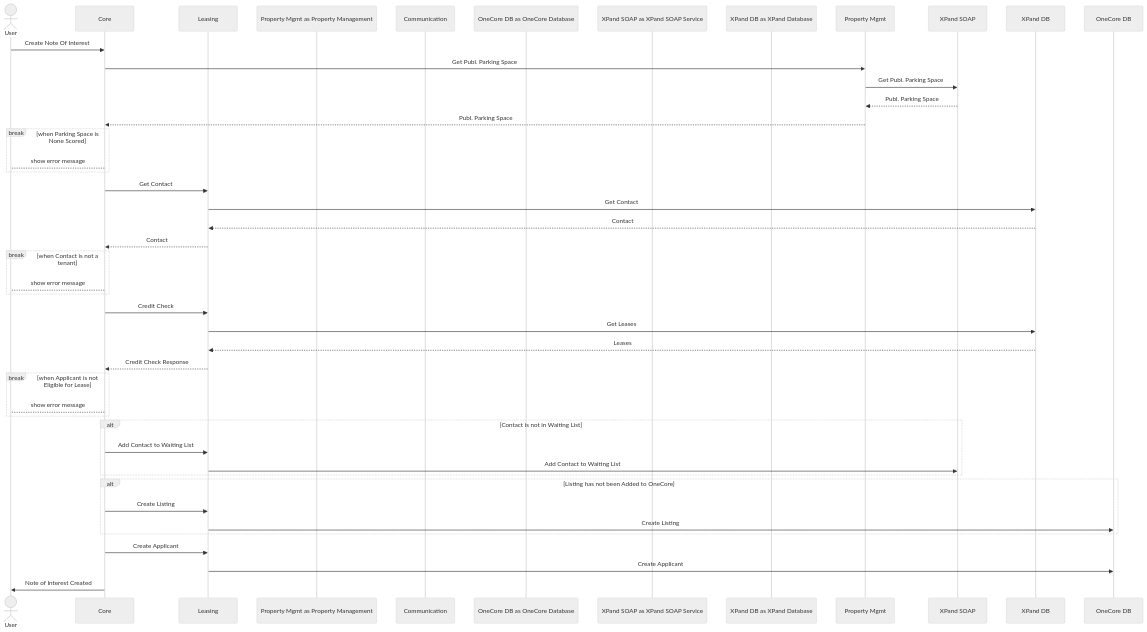
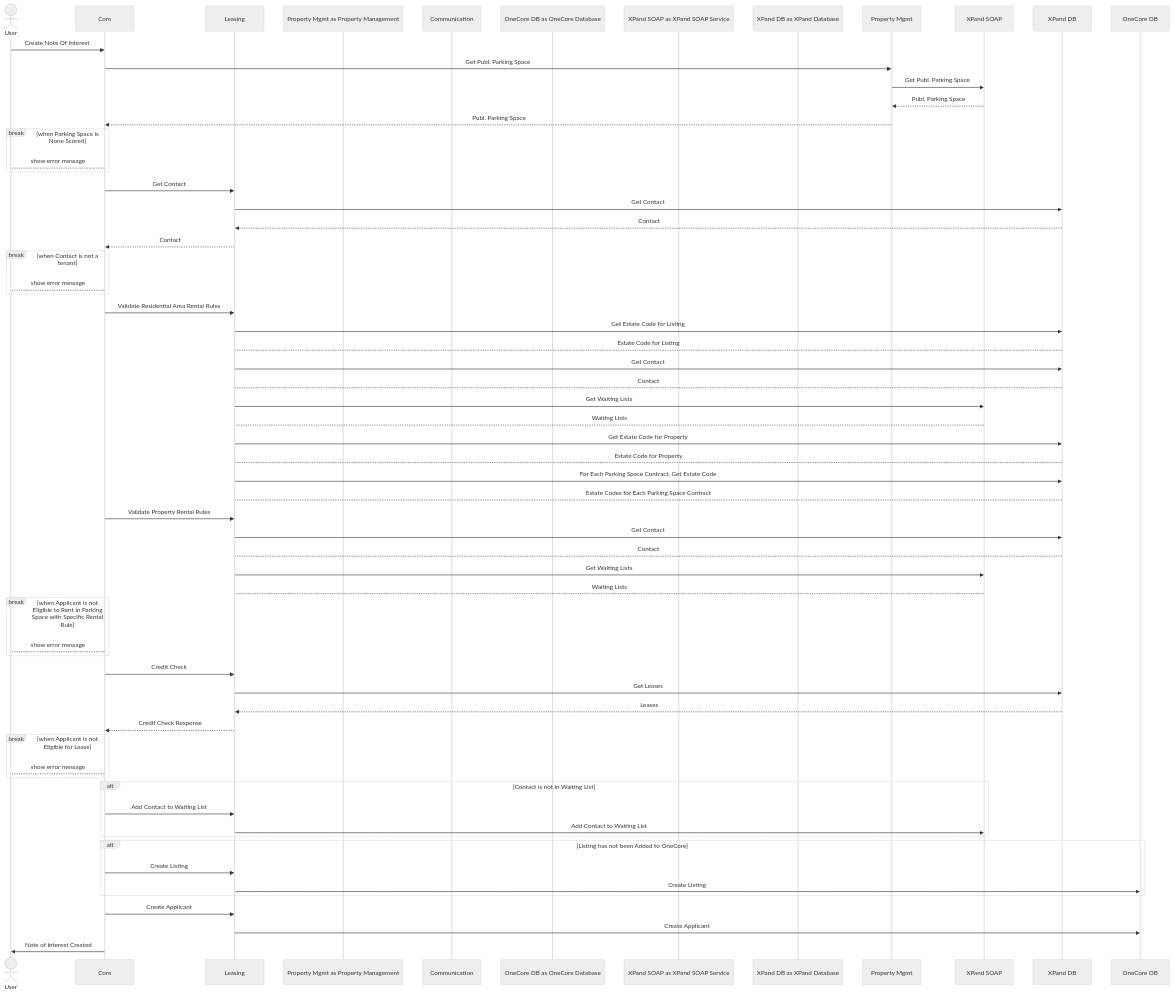
Before and after one commit to Bostads-AB-Mimer/onecore: the second of 2 diagrams in core/src/processes/parkingspaces/internal/DOCS_Create_Note_of_Interest_for_Scored_Parking_Space.md, drawn with Mermaid (neutral theme). The commit also changed other lines of this file and 8 other files, not shown here.

````diff
--- a/core/src/processes/parkingspaces/internal/DOCS_Create_Note_of_Interest_for_Scored_Parking_Space.md
+++ b/core/src/processes/parkingspaces/internal/DOCS_Create_Note_of_Interest_for_Scored_Parking_Space.md
@@ -26,55 +28,77 @@
 ```mermaid
 sequenceDiagram
     #participant System as System
     actor User as User
     participant Core as Core
     participant Leasing as Leasing
     participant Property Mgmt as Property Management
     participant Communication as Communication
     participant OneCore DB as OneCore Database
     participant XPand SOAP as XPand SOAP Service
     participant XPand DB as XPand Database
 
     User ->> Core: Create Note Of Interest
 
     Core ->> Property Mgmt: Get Publ. Parking Space
     Property Mgmt ->> XPand SOAP: Get Publ. Parking Space
     XPand SOAP -->> Property Mgmt:Publ. Parking Space
     Property Mgmt -->> Core: Publ. Parking Space
     break when Parking Space is None Scored
         Core-->User: show error message
     end
 
     Core ->> Leasing: Get Contact
     Leasing ->> XPand DB: Get Contact
     XPand DB -->> Leasing:Contact
     Leasing -->> Core: Contact
     break when Contact is not a tenant
         Core-->User: show error message
     end
 
+    Core ->> Leasing: Validate Residential Area Rental Rules
+    Leasing ->> XPand DB:Get Estate Code for Listing
+    XPand DB --> Leasing: Estate Code for Listing
+    Leasing ->> XPand DB:Get Contact
+    XPand DB --> Leasing: Contact
+    Leasing ->> XPand SOAP:Get Waiting Lists
+    XPand SOAP --> Leasing: Waiting Lists
+    Leasing ->> XPand DB:Get Estate Code for Property
+    XPand DB --> Leasing: Estate Code for Property
+    Leasing ->> XPand DB:For Each Parking Space Contract, Get Estate Code
+    XPand DB --> Leasing: Estate Codes for Each Parking Space Contract
+
+    Core ->> Leasing: Validate Property Rental Rules
+    Leasing ->> XPand DB:Get Contact
+    XPand DB --> Leasing: Contact
+    Leasing ->> XPand SOAP:Get Waiting Lists
+    XPand SOAP --> Leasing: Waiting Lists
+
+    break when Applicant is not Eligible to Rent in Parking Space with Specific Rental Rule
+        Core-->User: show error message
+    end
+
     Core ->> Leasing: Credit Check
     Leasing ->> XPand DB: Get Leases
     XPand DB -->> Leasing: Leases
     Leasing -->> Core: Credit Check Response
 
     break when Applicant is not Eligible for Lease
         Core-->User: show error message
     end
     alt Contact is not in Waiting List
         Core ->> Leasing: Add Contact to Waiting List
         Leasing ->> XPand SOAP: Add Contact to Waiting List
     end
 
     alt Listing has not been Added to OneCore
         Core ->> Leasing: Create Listing
         Leasing ->> OneCore DB: Create Listing
     end
 
     Core ->> Leasing: Create Applicant
     Leasing ->> OneCore DB: Create Applicant
 
     Core ->> User: Note of Interest Created
 
 
 ```
````
